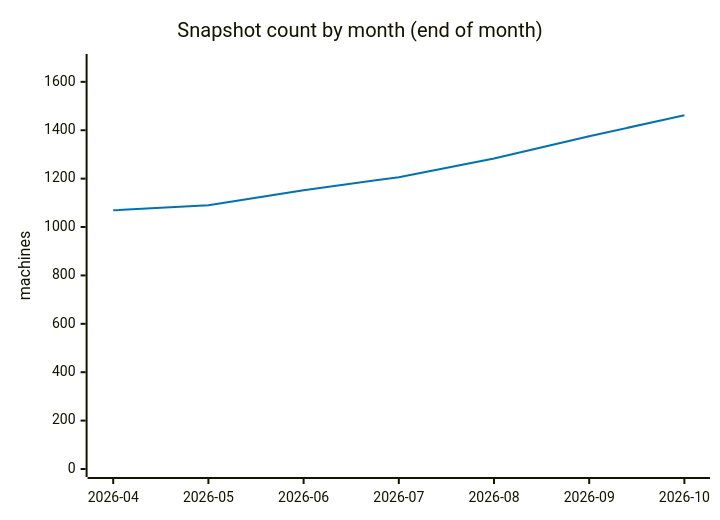
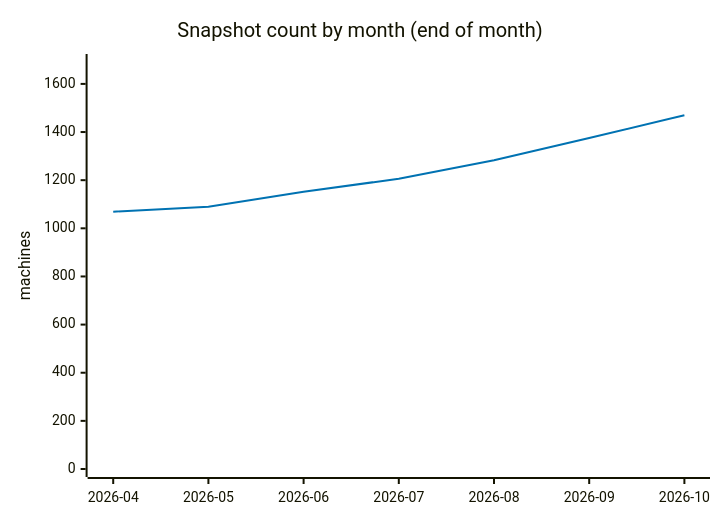
The fourth of 5 diagrams in ANALYSIS.md (cheeaun/returnright-data), drawn with Mermaid before and after one commit. The commit also changed other lines of this file and 4 other files, not shown here.

````diff
--- a/ANALYSIS.md
+++ b/ANALYSIS.md
@@ -249,13 +249,13 @@
 ```mermaid
 ---
 config:
   themeVariables:
     xyChart:
       plotColorPalette: "#0072B2"
 ---
 xychart-beta
     title "Snapshot count by month (end of month)"
     x-axis ["2026-04", "2026-05", "2026-06", "2026-07", "2026-08", "2026-09", "2026-10"]
-    y-axis "machines" 0 --> 1682
-    line [1069, 1090, 1152, 1206, 1283, 1375, 1462]
+    y-axis "machines" 0 --> 1691
+    line [1069, 1090, 1152, 1206, 1283, 1375, 1470]
 ```
````
